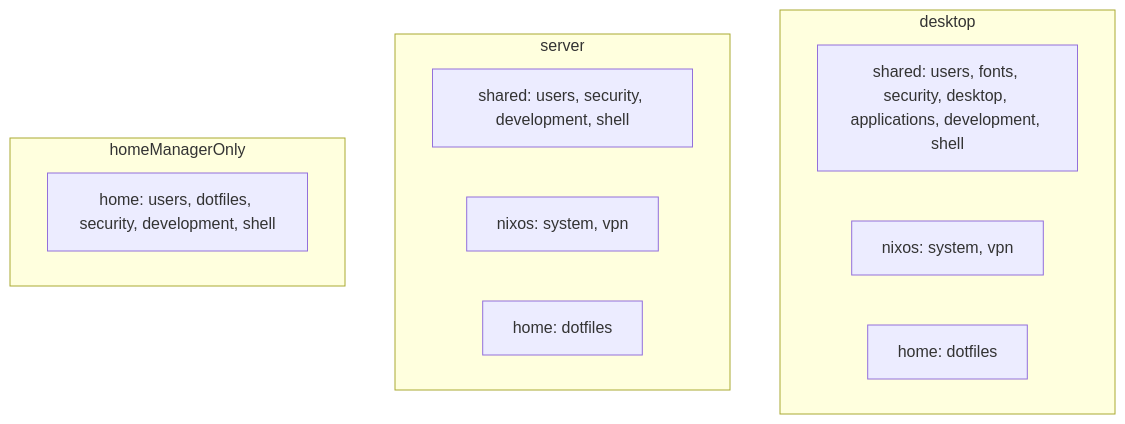
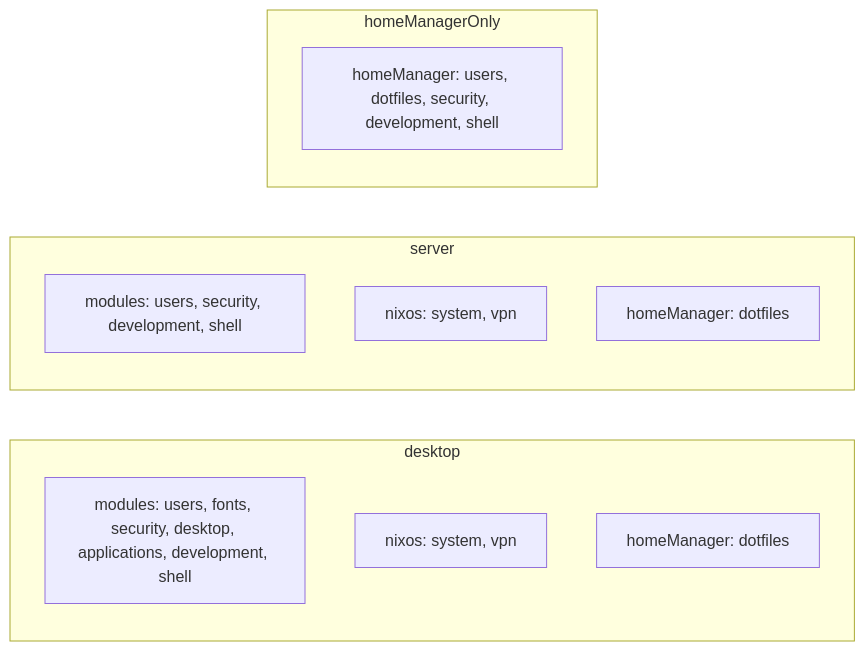
Before and after one commit to fbosch/nixos: the second of 2 diagrams in README.md, drawn with Mermaid. The commit also changed other lines of this file, not shown here.

````diff
--- a/README.md
+++ b/README.md
@@ -68,18 +74,21 @@
 ```mermaid
-flowchart TB
+flowchart LR
   subgraph desktop
-    dShared["shared: users, fonts, security, desktop, applications, development, shell"]
+    direction TB
+    dModules["modules: users, fonts, security, desktop, applications, development, shell"]
     dNixos["nixos: system, vpn"]
-    dHm["home: dotfiles"]
+    dHomeManager["homeManager: dotfiles"]
   end
 
   subgraph server
-    sShared["shared: users, security, development, shell"]
+    direction TB
+    sModules["modules: users, security, development, shell"]
     sNixos["nixos: system, vpn"]
-    sHm["home: dotfiles"]
+    sHomeManager["homeManager: dotfiles"]
   end
 
   subgraph homeManagerOnly
-    hHm["home: users, dotfiles, security, development, shell"]
+    direction TB
+    hHomeManager["homeManager: users, dotfiles, security, development, shell"]
   end
 ```
````
